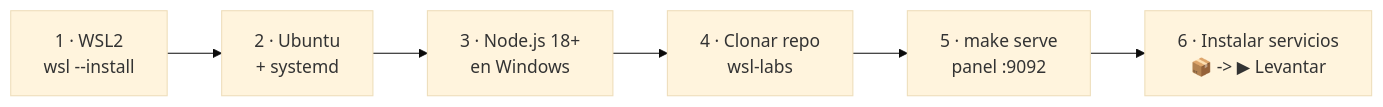
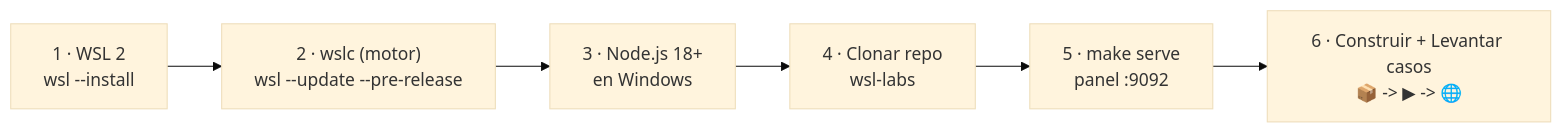
The diagram in docs/INSTALL.md (vladimiracunadev-create/wsl-labs), drawn with Mermaid (base theme) before and after one commit. The commit also changed other lines of this file and 90 other files, not shown here.

````diff
--- a/docs/INSTALL.md
+++ b/docs/INSTALL.md
@@ -10,8 +10,8 @@
 ```mermaid
 flowchart LR
-    A["1 · WSL2<br/>wsl --install"] --> B["2 · Ubuntu<br/>+ systemd"]
+    A["1 · WSL 2<br/>wsl --install"] --> B["2 · wslc (motor)<br/>wsl --update --pre-release"]
     B --> C["3 · Node.js 18+<br/>en Windows"]
     C --> D["4 · Clonar repo<br/>wsl-labs"]
     D --> E["5 · make serve<br/>panel :9092"]
-    E --> F["6 · Instalar servicios<br/>📦 -> ▶ Levantar"]
+    E --> F["6 · Construir + Levantar casos<br/>📦 -> ▶ -> 🌐"]
 ```
````
